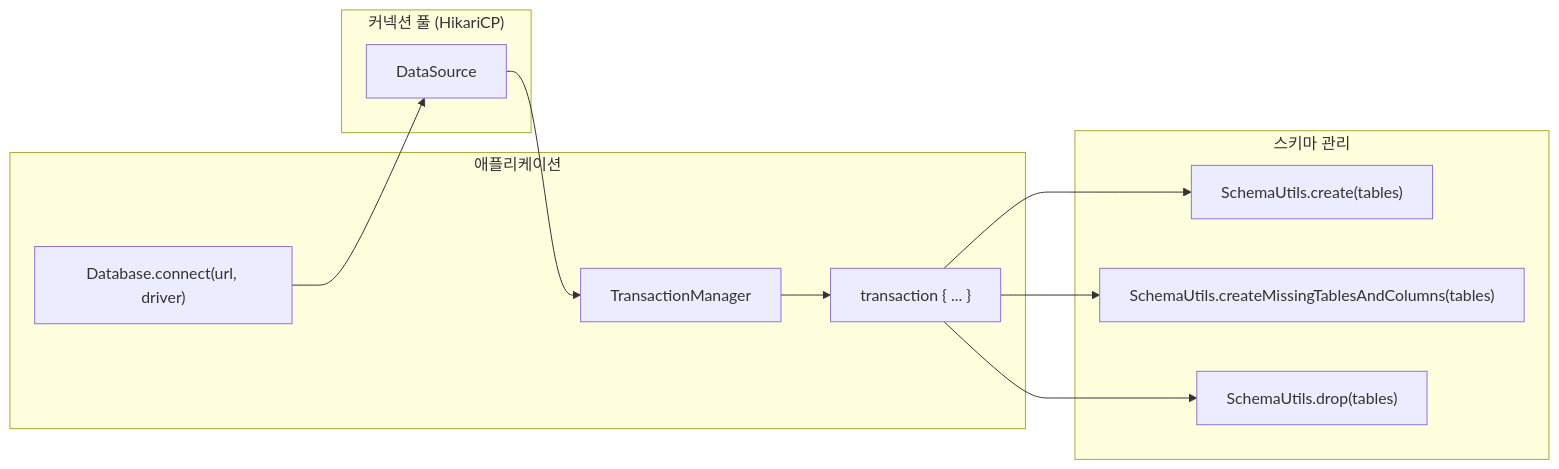
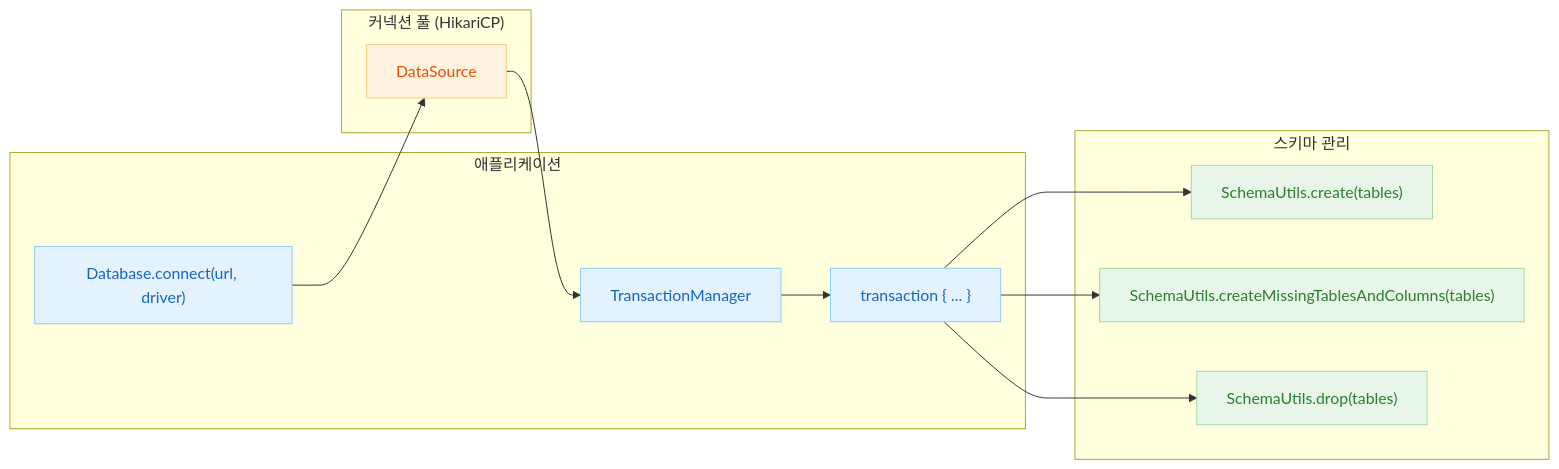
The diagram in 04-exposed-ddl/README.md (bluetape4k/exposed-workshop), drawn with Mermaid before and after one commit. The commit also changed 56 other files, not shown here.

First line of the commit message:
docs: 전체 README mermaid 다이어그램에 파스텔 톤 색상 적용

````diff
--- a/04-exposed-ddl/README.md
+++ b/04-exposed-ddl/README.md
@@ -26,23 +26,32 @@
 ```mermaid
 flowchart LR
     subgraph App["애플리케이션"]
         DB["Database.connect(url, driver)"]
         TP["TransactionManager"]
         TX["transaction { ... }"]
     end
 
     subgraph DDL["스키마 관리"]
         SC["SchemaUtils.create(tables)"]
         SM["SchemaUtils.createMissingTablesAndColumns(tables)"]
         SD["SchemaUtils.drop(tables)"]
     end
 
     subgraph Pool["커넥션 풀 (HikariCP)"]
         DS["DataSource"]
     end
 
     DB --> DS
     DS --> TP
     TP --> TX
     TX --> SC & SM & SD
+
+    classDef blue fill:#E3F2FD,stroke:#90CAF9,color:#1565C0
+    classDef green fill:#E8F5E9,stroke:#A5D6A7,color:#2E7D32
+    classDef orange fill:#FFF3E0,stroke:#FFCC80,color:#E65100
+    classDef purple fill:#F3E5F5,stroke:#CE93D8,color:#6A1B9A
+
+    class DB,TP,TX blue
+    class SC,SM,SD green
+    class DS orange
 ```
````
